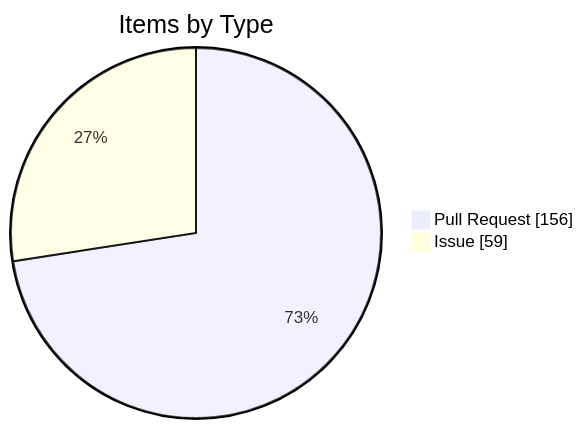
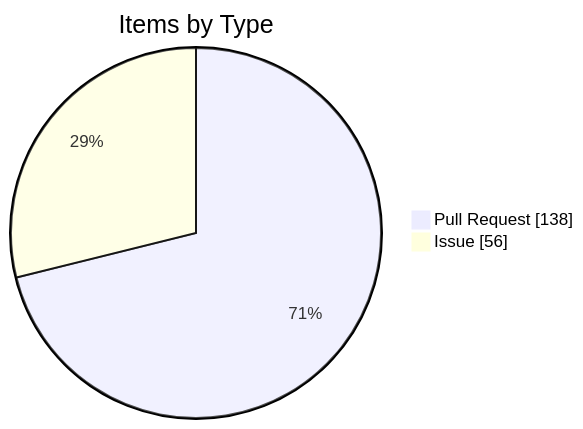
One commit to KBVE/kbve changed the fourth of 4 diagrams in apps/kbve/astro-kbve/src/content/docs/dashboard/kanban-data.mdx. Above: the diagram before and after it, drawn with Mermaid. The commit also changed other lines of this file and 8 other files, not shown here.

````diff
--- a/apps/kbve/astro-kbve/src/content/docs/dashboard/kanban-data.mdx
+++ b/apps/kbve/astro-kbve/src/content/docs/dashboard/kanban-data.mdx
@@ -116,6 +116,6 @@
 ```mermaid
 pie showData
     title Items by Type
-    "Pull Request" : 156
-    "Issue" : 59
+    "Pull Request" : 138
+    "Issue" : 56
 ```
````
